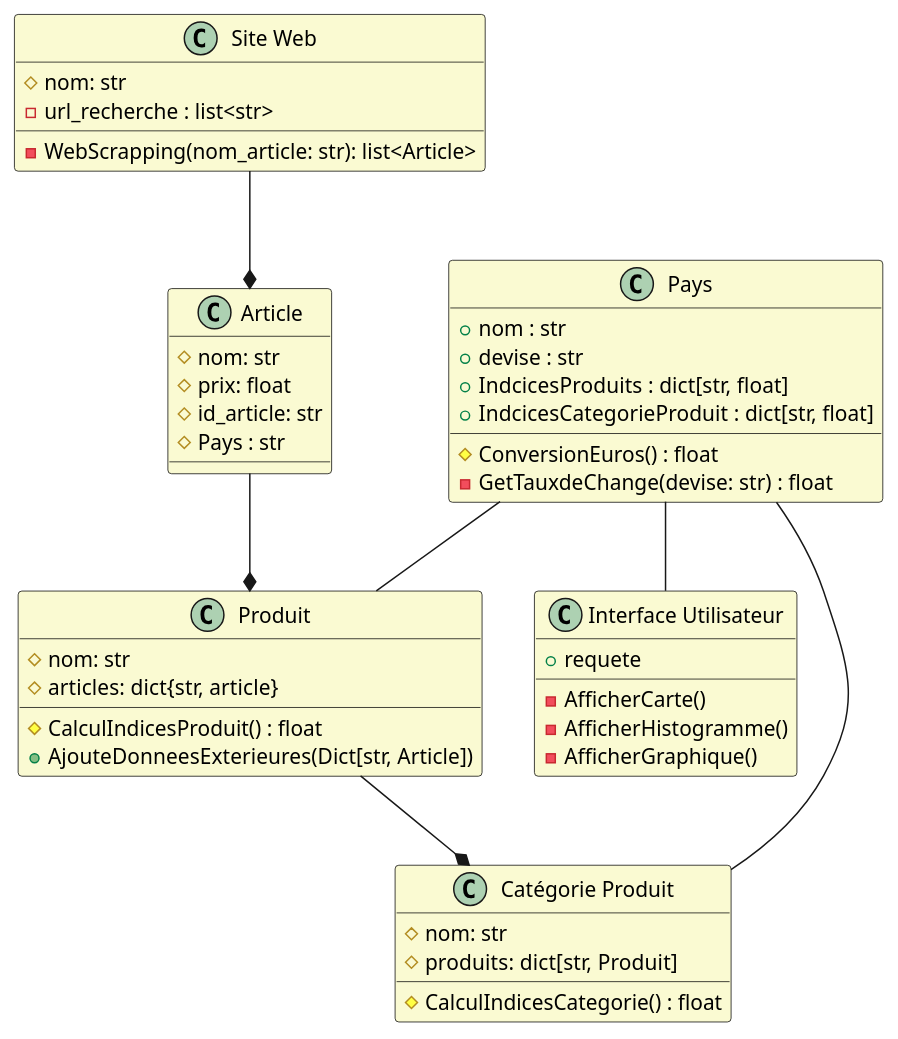
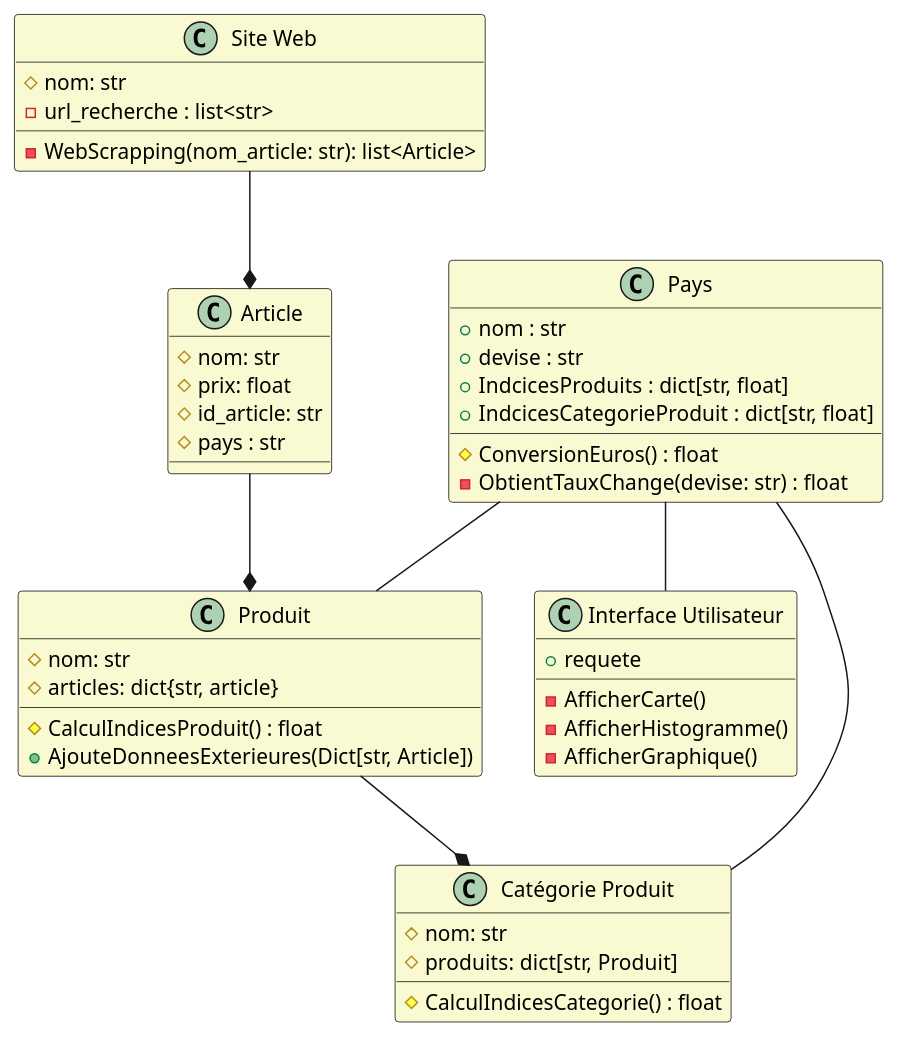
The diagram in diagrammes/uml.Pu (Sjats/ProjetTraitementdeDonnees2024), drawn with PlantUML before and after one commit.

```diff
--- a/diagrammes/uml.Pu
+++ b/diagrammes/uml.Pu
@@ -1,57 +1,57 @@
 @startuml
 
 skinparam class {
     BackgroundColor LightGoldenRodYellow
     BorderColor black
 }
 
 class "Site Web" {
     # nom: str
     - url_recherche : list<str>
     - WebScrapping(nom_article: str): list<Article>
 }
 
 class "Interface Utilisateur" {
     + requete
     - AfficherCarte()
     - AfficherHistogramme()
     - AfficherGraphique()
 }
 
 class Article {
     # nom: str
     # prix: float
     # id_article: str
-    # Pays : str
+    # pays : str
 }
 
 class Produit {
     # nom: str
     # articles: dict{str, article}
     # CalculIndicesProduit() : float
     + AjouteDonneesExterieures(Dict[str, Article]) 
 }
 
 class "Catégorie Produit" {
     # nom: str
     # produits: dict[str, Produit]
     # CalculIndicesCategorie() : float
 }
 
 class Pays {
     + nom : str
     + devise : str
     + IndcicesProduits : dict[str, float]
     + IndcicesCategorieProduit : dict[str, float]
     # ConversionEuros() : float
-    - GetTauxdeChange(devise: str) : float
+    - ObtientTauxChange(devise: str) : float
 }
 
 "Site Web" --* Article
 Article --* Produit
 Produit --* "Catégorie Produit"
 
 Pays -- "Interface Utilisateur"
 Pays-- "Catégorie Produit"
 Pays -- Produit
 @enduml
```
